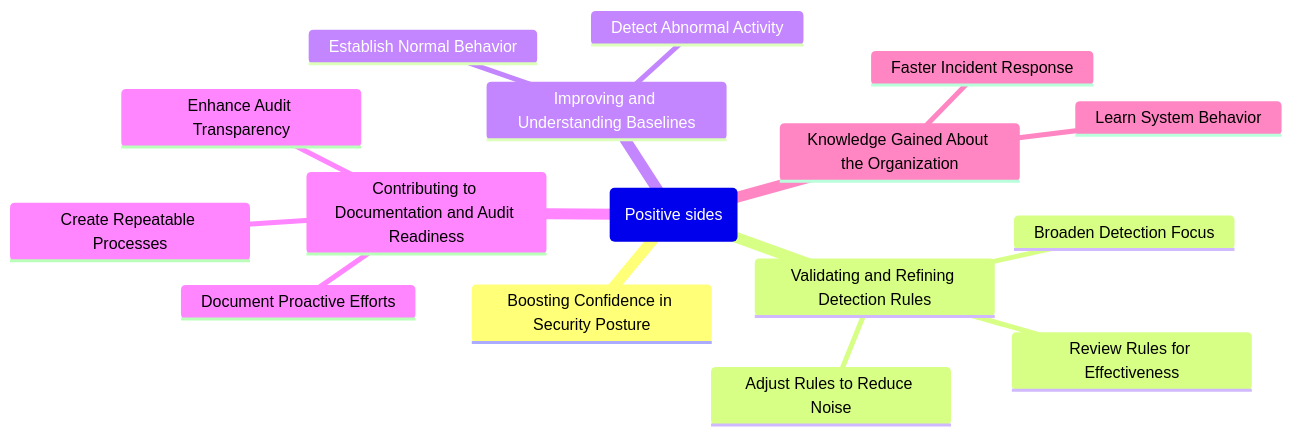
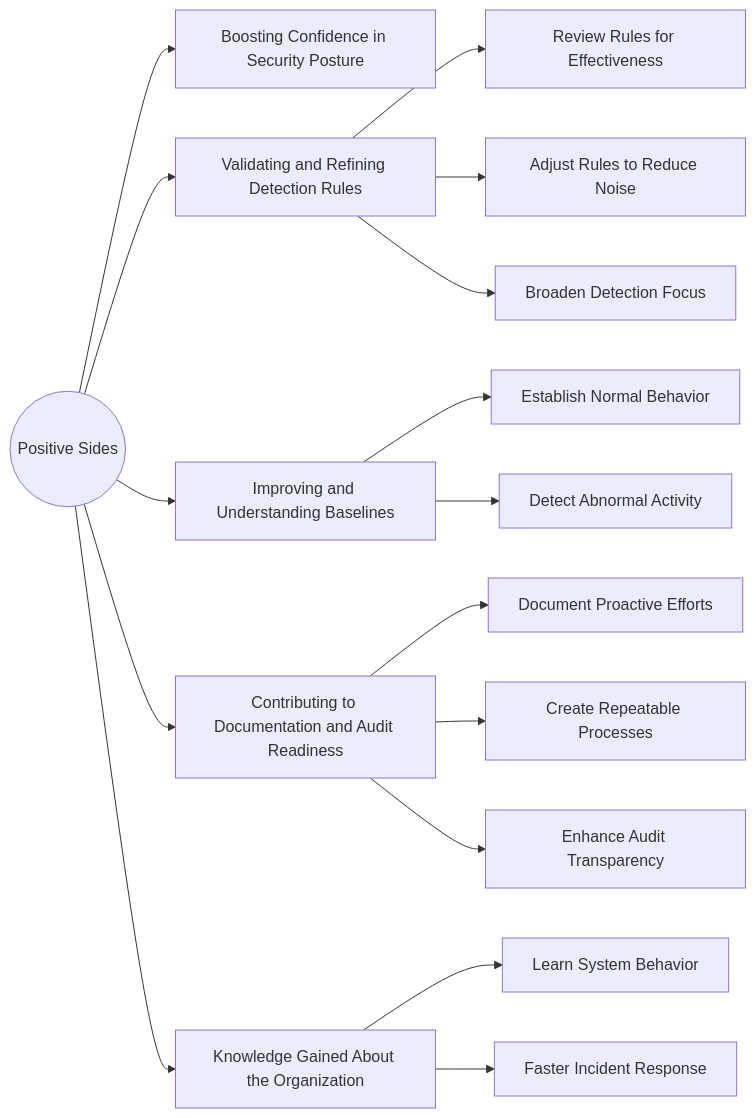
The first of 2 diagrams in content/part-1/delivieries/no-result-hunts.md (rjohnsen/threathunting-book), drawn with Mermaid before and after one commit. The commit also changed other lines of this file and 2 other files, not shown here.

Commit message:
Converting Mermaid mindmaps to other diagrams to improve readability

```diff
--- a/content/part-1/delivieries/no-result-hunts.md
+++ b/content/part-1/delivieries/no-result-hunts.md
@@ -19,19 +19,30 @@
 {{<mermaid align="center">}}
-mindmap
-  (Positive sides)
-    Boosting Confidence in Security Posture
-    Validating and Refining Detection Rules
-      Review Rules for Effectiveness
-      Adjust Rules to Reduce Noise
-      Broaden Detection Focus
-    Improving and Understanding Baselines
-      Establish Normal Behavior
-      Detect Abnormal Activity
-    Contributing to Documentation and Audit Readiness
-      Document Proactive Efforts
-      Create Repeatable Processes
-      Enhance Audit Transparency
-    Knowledge Gained About the Organization
-      Learn System Behavior
-      Faster Incident Response
+flowchart LR
+  A((Positive Sides))
+
+  %% Main branches
+  A --> B[Boosting Confidence in Security Posture]
+  A --> C[Validating and Refining Detection Rules]
+  A --> D[Improving and Understanding Baselines]
+  A --> E[Contributing to Documentation and Audit Readiness]
+  A --> F[Knowledge Gained About the Organization]
+
+  %% Detection Rules branch
+  C --> C1[Review Rules for Effectiveness]
+  C --> C2[Adjust Rules to Reduce Noise]
+  C --> C3[Broaden Detection Focus]
+
+  %% Baselines branch
+  D --> D1[Establish Normal Behavior]
+  D --> D2[Detect Abnormal Activity]
+
+  %% Documentation branch
+  E --> E1[Document Proactive Efforts]
+  E --> E2[Create Repeatable Processes]
+  E --> E3[Enhance Audit Transparency]
+
+  %% Knowledge branch
+  F --> F1[Learn System Behavior]
+  F --> F2[Faster Incident Response]
+
 {{< /mermaid >}}
```
